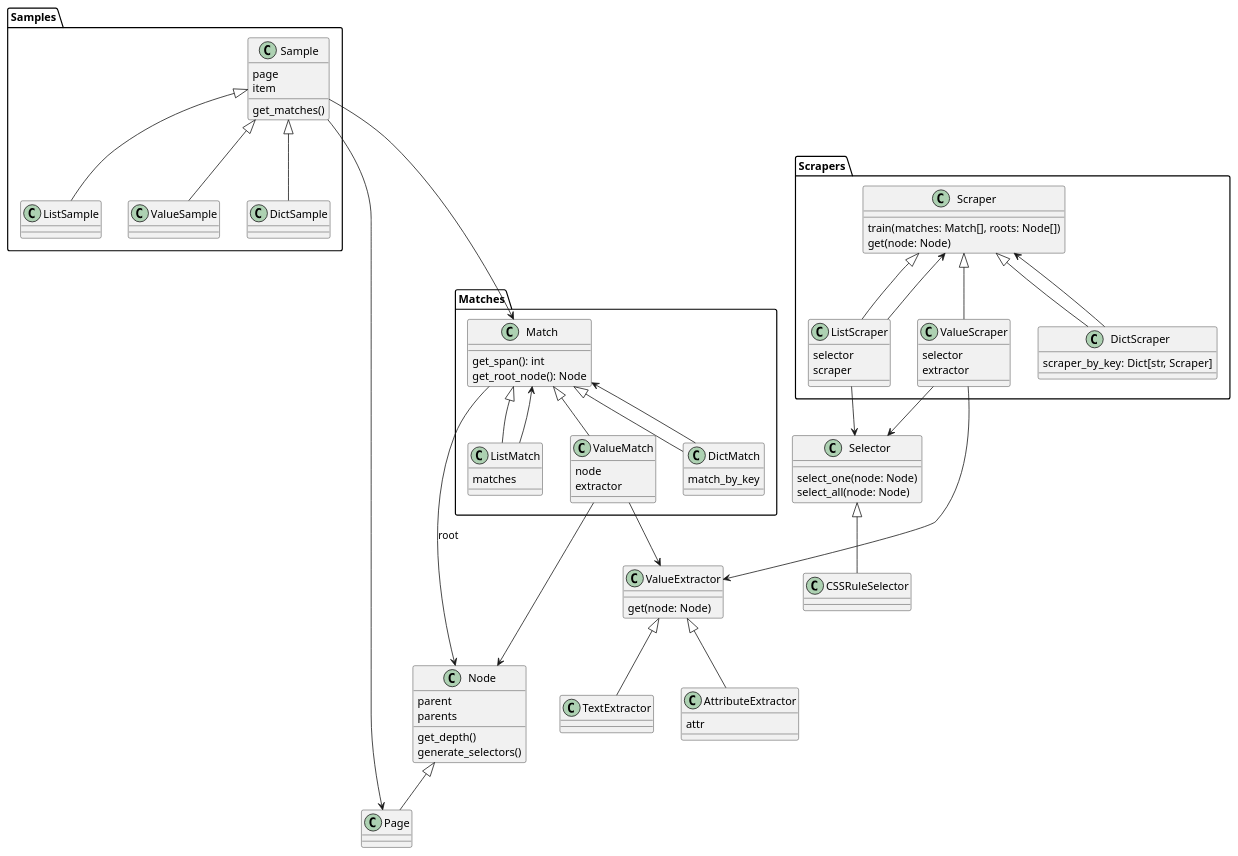
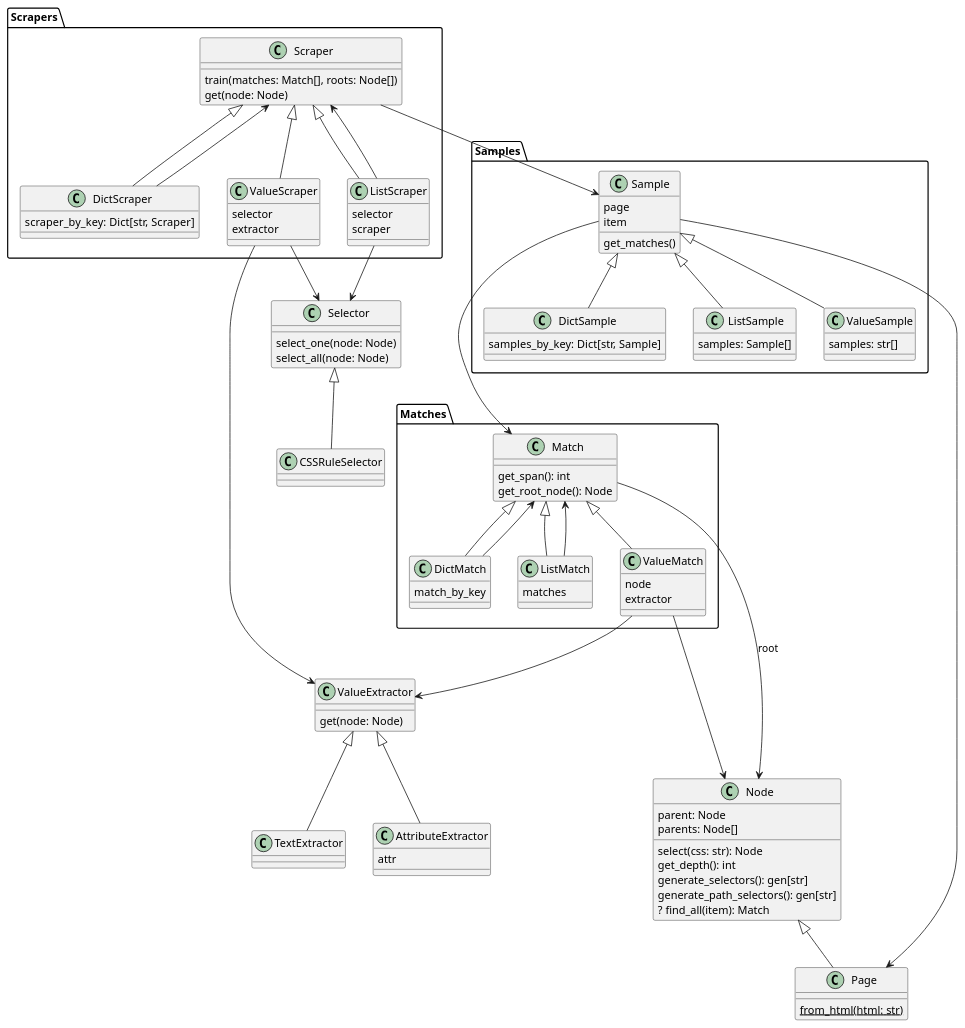
Before and after one commit to lorey/mlscraper-experiments: the diagram in docs/classes.plantuml, drawn with PlantUML. The commit also changed 2 other files, not shown here.

Commit message:
Improve class diagram

```diff
--- a/docs/classes.plantuml
+++ b/docs/classes.plantuml
@@ -1,103 +1,115 @@
 @startuml
 class Selector
 Selector : select_one(node: Node)
 Selector : select_all(node: Node)
 
 class CSSRuleSelector
 
 Selector <|-- CSSRuleSelector
 
 package Samples {
     class Sample
     Sample : page
     Sample : item
     Sample : get_matches()
+
     class DictSample
+    DictSample : samples_by_key: Dict[str, Sample]
+
     class ListSample
+    ListSample : samples: Sample[]
+
     class ValueSample
+    ValueSample : samples: str[]
 }
 
 Sample <|-- DictSample
 Sample <|-- ListSample
 Sample <|-- ValueSample
 
 Sample --> Page
 
 package Matches{
     class Match
     Match : get_span(): int
     Match : get_root_node(): Node
 
     class DictMatch
     DictMatch : match_by_key
     DictMatch --> Match
 
     class ListMatch
     ListMatch : matches
     ListMatch --> Match
 
     class ValueMatch
     ValueMatch : node
     ValueMatch : extractor
 }
 
 Match ---> Node : root
 
 ValueMatch ---> Node
 
 Match <|-- DictMatch
 Match <|-- ListMatch
 Match <|-- ValueMatch
 
 Sample ---> Match
 
 package Scrapers {
     class Scraper
     Scraper : train(matches: Match[], roots: Node[])
     Scraper : get(node: Node)
 
     class DictScraper
     DictScraper : scraper_by_key: Dict[str, Scraper]
     DictScraper --> Scraper
 
     class ListScraper
     ListScraper : selector
     ListScraper : scraper
     ListScraper --> Scraper
 
     class ValueScraper
     ValueScraper : selector
     ValueScraper : extractor
 }
 
+Scraper --> Sample
+
 ValueScraper --> Selector
 ListScraper --> Selector
 
 class ValueExtractor
 ValueExtractor : get(node: Node)
 
 class AttributeExtractor
 AttributeExtractor : attr
 
 class TextExtractor
 
 Scraper <|-- DictScraper
 Scraper <|-- ListScraper
 Scraper <|-- ValueScraper
 ValueScraper ---> ValueExtractor
 
 ValueExtractor <|--  AttributeExtractor
 ValueExtractor <|--  TextExtractor
 
 ValueMatch --> ValueExtractor
 
 class Node
-Node : parent
-Node : parents
-Node : get_depth()
-Node : generate_selectors()
+Node : parent: Node
+Node : parents: Node[]
+Node : select(css: str): Node
+Node : get_depth(): int
+Node : generate_selectors(): gen[str]
+Node : generate_path_selectors(): gen[str]
+Node : ? find_all(item): Match
 
 class Page
+Page : {static} from_html(html: str)
 
 Node <|-- Page
 @enduml
```
